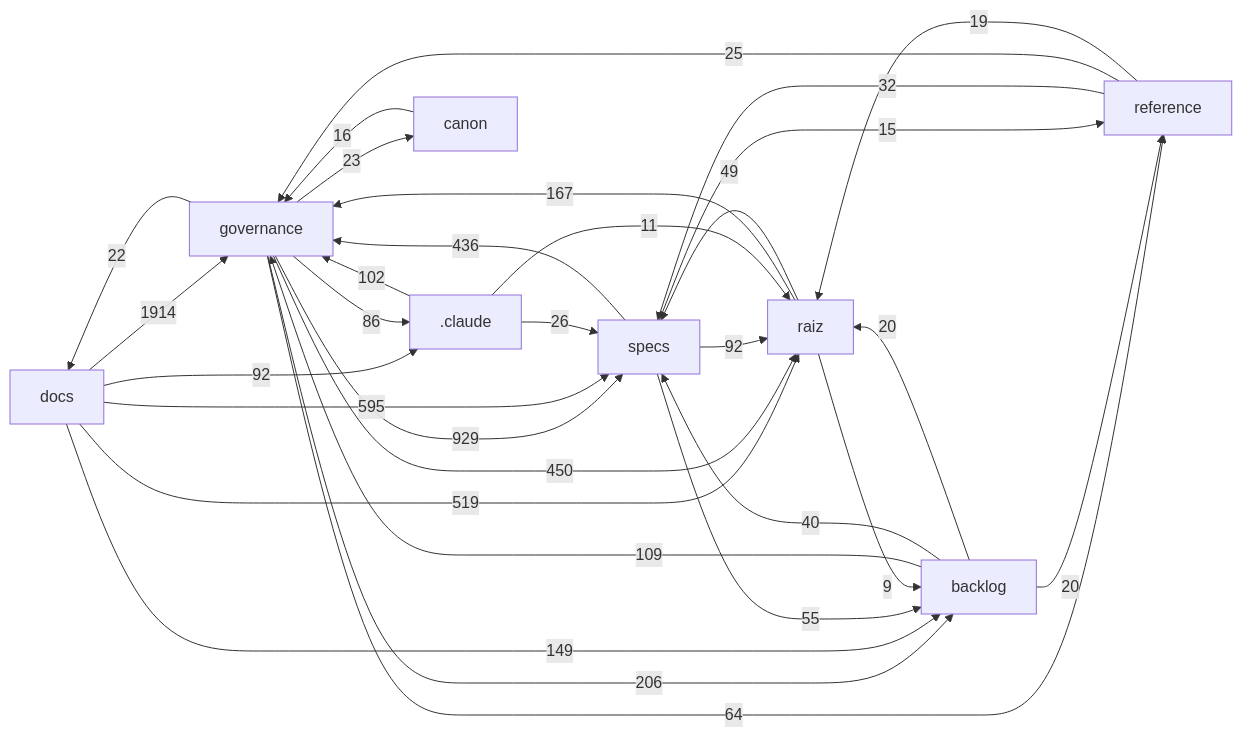
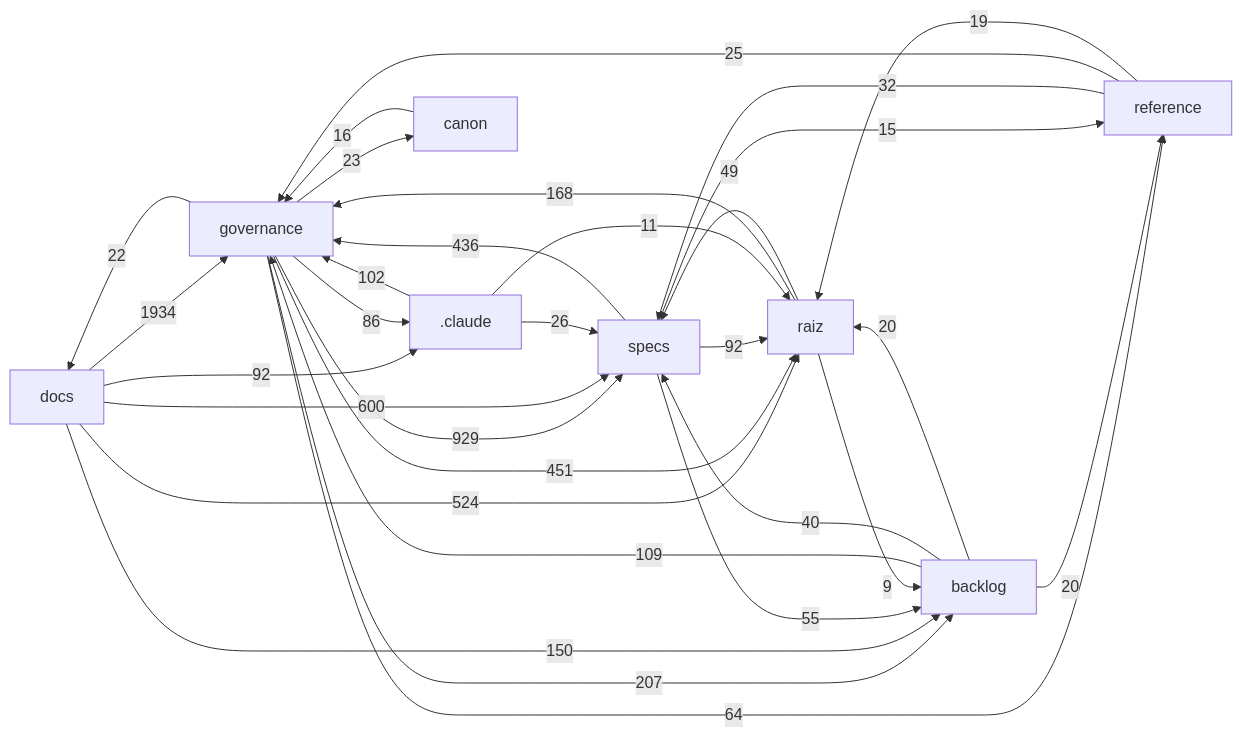
One commit to Andraus35/Sistema-Operacional-de-Trading--SOT changed the diagram in docs/mapa/MAPA-PROJETO.md. Above: the diagram before and after it, drawn with Mermaid. The commit also changed other lines of this file and 13 other files, not shown here.

````diff
--- a/docs/mapa/MAPA-PROJETO.md
+++ b/docs/mapa/MAPA-PROJETO.md
@@ -29,33 +29,33 @@
 ```mermaid
 flowchart LR
-  docs["docs"] -->|1914| governance["governance"]
+  docs["docs"] -->|1934| governance["governance"]
   governance["governance"] -->|929| specs["specs"]
-  docs["docs"] -->|595| specs["specs"]
-  docs["docs"] -->|519| raiz["raiz"]
-  governance["governance"] -->|450| raiz["raiz"]
+  docs["docs"] -->|600| specs["specs"]
+  docs["docs"] -->|524| raiz["raiz"]
+  governance["governance"] -->|451| raiz["raiz"]
   specs["specs"] -->|436| governance["governance"]
-  governance["governance"] -->|206| backlog["backlog"]
-  raiz["raiz"] -->|167| governance["governance"]
-  docs["docs"] -->|149| backlog["backlog"]
+  governance["governance"] -->|207| backlog["backlog"]
+  raiz["raiz"] -->|168| governance["governance"]
+  docs["docs"] -->|150| backlog["backlog"]
   backlog["backlog"] -->|109| governance["governance"]
   _claude[".claude"] -->|102| governance["governance"]
   docs["docs"] -->|92| _claude[".claude"]
   specs["specs"] -->|92| raiz["raiz"]
   governance["governance"] -->|86| _claude[".claude"]
   governance["governance"] -->|64| reference["reference"]
   specs["specs"] -->|55| backlog["backlog"]
   raiz["raiz"] -->|49| specs["specs"]
   backlog["backlog"] -->|40| specs["specs"]
   reference["reference"] -->|32| specs["specs"]
   _claude[".claude"] -->|26| specs["specs"]
   reference["reference"] -->|25| governance["governance"]
   governance["governance"] -->|23| canon["canon"]
   governance["governance"] -->|22| docs["docs"]
   backlog["backlog"] -->|20| raiz["raiz"]
   backlog["backlog"] -->|20| reference["reference"]
   reference["reference"] -->|19| raiz["raiz"]
   canon["canon"] -->|16| governance["governance"]
   specs["specs"] -->|15| reference["reference"]
   _claude[".claude"] -->|11| raiz["raiz"]
   raiz["raiz"] -->|9| backlog["backlog"]
 ```
````
